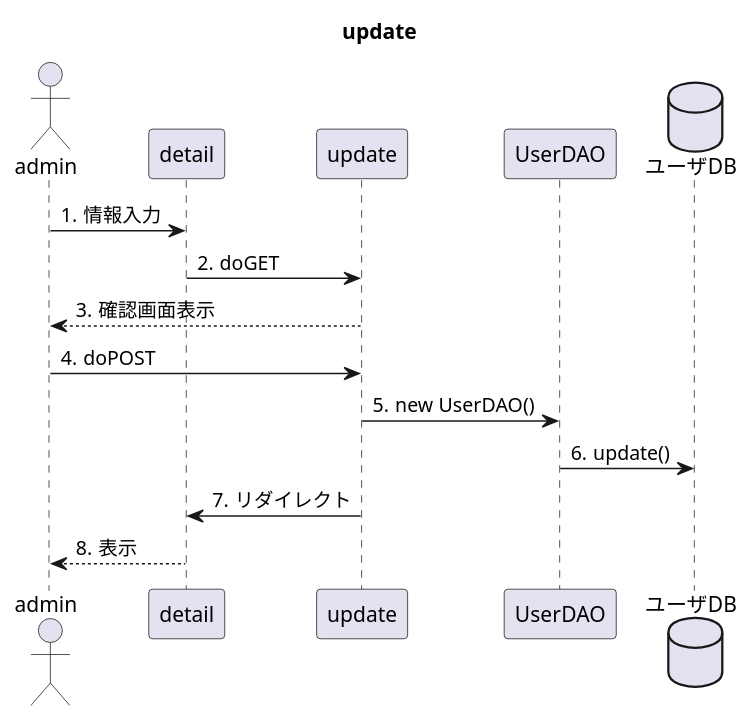
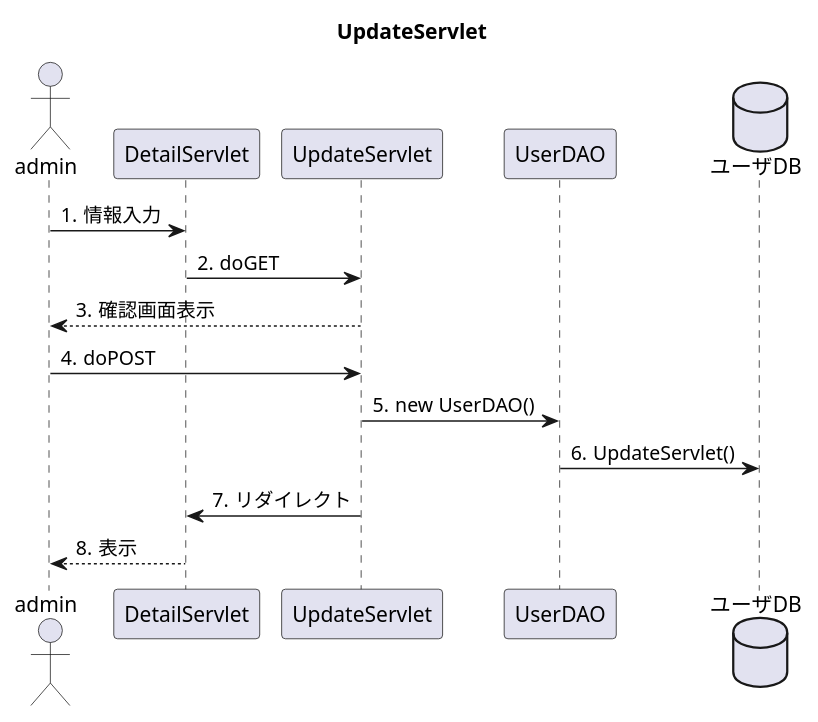
The diagram in uml_detail/seq_update.pu (toufu66/ProjectC), drawn with PlantUML before and after one commit.

Commit message:
クラス名記述に変更

```diff
--- a/uml_detail/seq_update.pu
+++ b/uml_detail/seq_update.pu
@@ -1,22 +1,22 @@
 @startuml
-title update
+title UpdateServlet
 
 autonumber "#."
 
 actor admin
-participant detail
-participant update
+participant DetailServlet
+participant UpdateServlet
 participant UserDAO
 database ユーザDB
 
 
-admin -> detail:情報入力
-detail -> update:doGET
-update --> admin:確認画面表示
-admin ->update:doPOST
-update -> UserDAO:new UserDAO()
-UserDAO -> ユーザDB:update()
+admin -> DetailServlet:情報入力
+DetailServlet -> UpdateServlet:doGET
+UpdateServlet --> admin:確認画面表示
+admin ->UpdateServlet:doPOST
+UpdateServlet -> UserDAO:new UserDAO()
+UserDAO -> ユーザDB:UpdateServlet()
 
-update -> detail:リダイレクト
-detail --> admin:表示
+UpdateServlet -> DetailServlet:リダイレクト
+DetailServlet --> admin:表示
 @enduml
```
